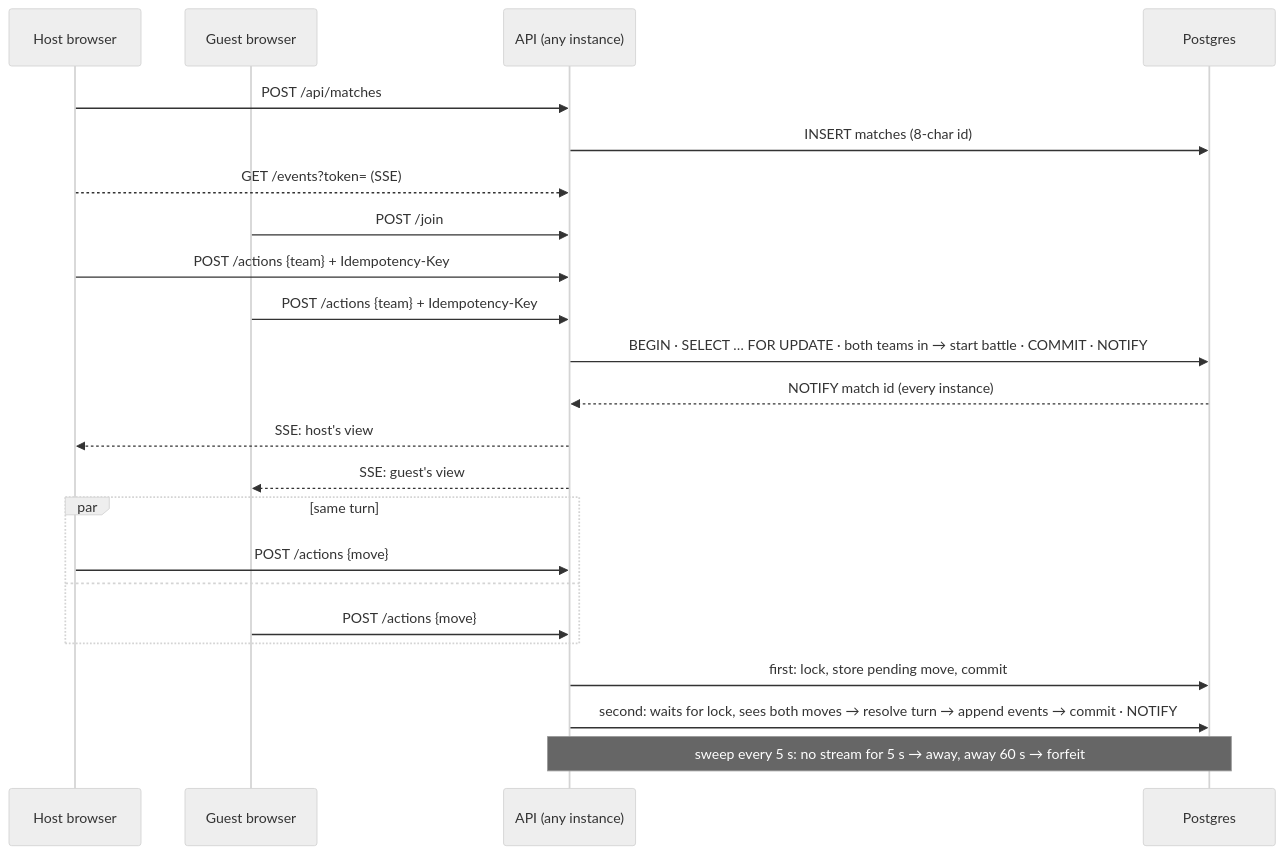
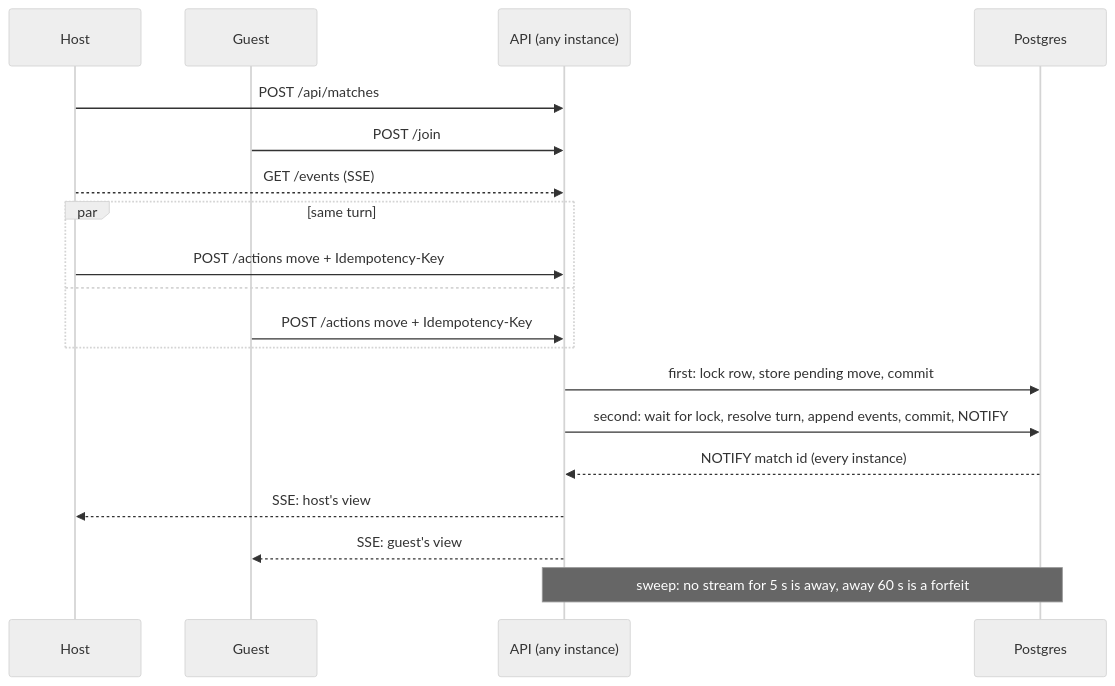
One commit to drewAnderson-val/pokemon-explorer changed the second of 2 diagrams in README.md. Above: the diagram before and after it, drawn with Mermaid (neutral theme). The commit also changed other lines of this file, not shown here.

````diff
--- a/README.md
+++ b/README.md
@@ -113,26 +75,22 @@
 ```mermaid
 sequenceDiagram
-  participant H as Host browser
-  participant G as Guest browser
+  participant H as Host
+  participant G as Guest
   participant A as API (any instance)
   participant P as Postgres
 
   H->>A: POST /api/matches
-  A->>P: INSERT matches (8-char id)
-  H-->>A: GET /events?token= (SSE)
   G->>A: POST /join
-  H->>A: POST /actions {team} + Idempotency-Key
-  G->>A: POST /actions {team} + Idempotency-Key
-  A->>P: BEGIN · SELECT … FOR UPDATE · both teams in → start battle · COMMIT · NOTIFY
+  H-->>A: GET /events (SSE)
+  par same turn
+    H->>A: POST /actions move + Idempotency-Key
+  and
+    G->>A: POST /actions move + Idempotency-Key
+  end
+  A->>P: first: lock row, store pending move, commit
+  A->>P: second: wait for lock, resolve turn, append events, commit, NOTIFY
   P-->>A: NOTIFY match id (every instance)
   A-->>H: SSE: host's view
   A-->>G: SSE: guest's view
-  par same turn
-    H->>A: POST /actions {move}
-  and
-    G->>A: POST /actions {move}
-  end
-  A->>P: first: lock, store pending move, commit
-  A->>P: second: waits for lock, sees both moves → resolve turn → append events → commit · NOTIFY
-  Note over A,P: sweep every 5 s: no stream for 5 s → away, away 60 s → forfeit
+  Note over A,P: sweep: no stream for 5 s is away, away 60 s is a forfeit
 ```
````
